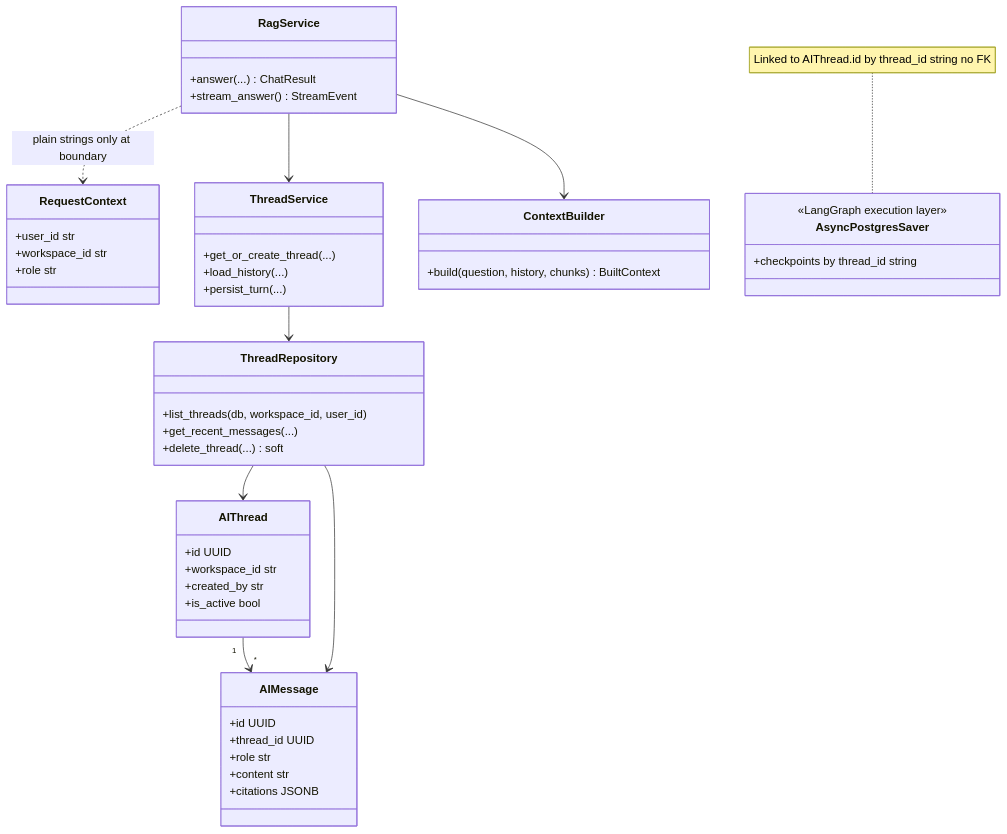
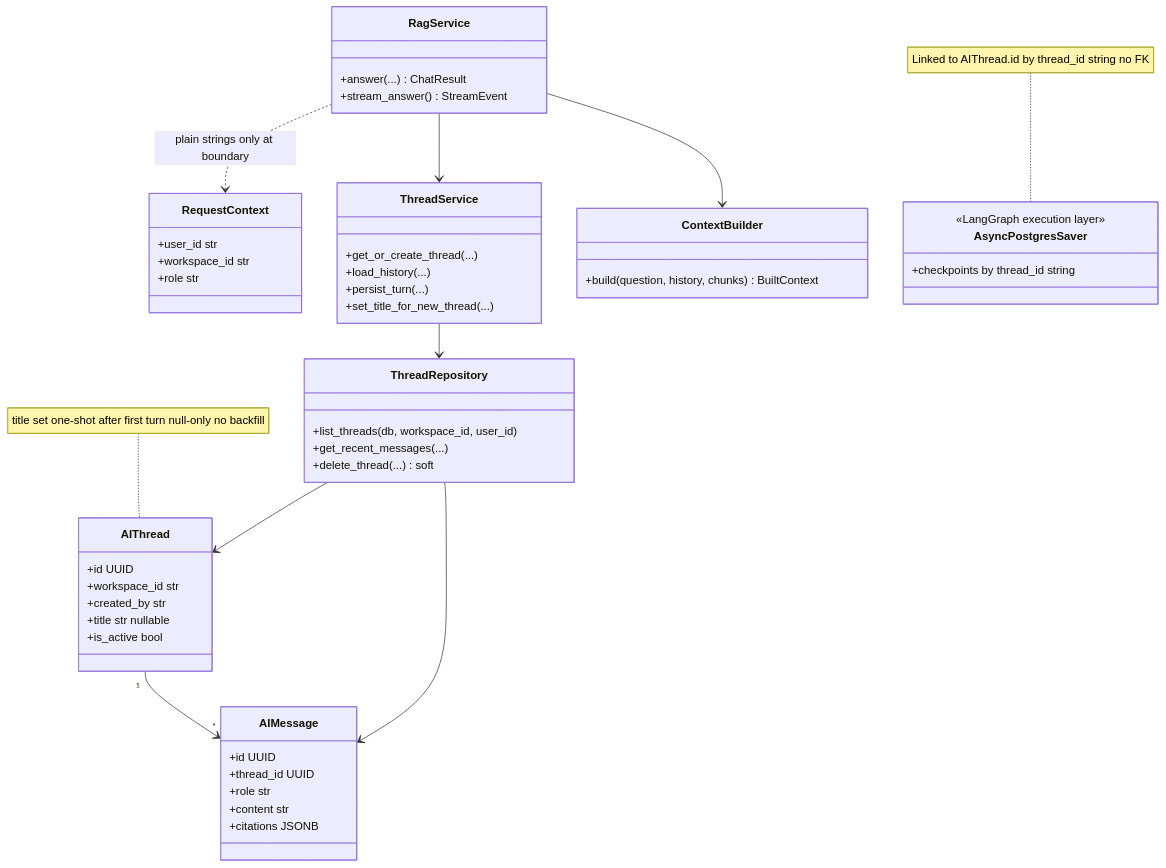
The eighth of 13 diagrams in docs/uml/diagrams.md (RudraPramanik/system-dashnote), drawn with Mermaid before and after one commit. The commit also changed other lines of this file and 50 other files, not shown here.

````diff
--- a/docs/uml/diagrams.md
+++ b/docs/uml/diagrams.md
@@ -312,61 +319,64 @@
 ```mermaid
 classDiagram
     direction TB
 
     class RequestContext {
         +user_id str
         +workspace_id str
         +role str
     }
 
     class AIThread {
         +id UUID
         +workspace_id str
         +created_by str
+        +title str nullable
         +is_active bool
     }
 
     class AIMessage {
         +id UUID
         +thread_id UUID
         +role str
         +content str
         +citations JSONB
     }
 
     class ThreadRepository {
         +list_threads(db, workspace_id, user_id)
         +get_recent_messages(...)
         +delete_thread(...) soft
     }
 
     class ThreadService {
         +get_or_create_thread(...)
         +load_history(...)
         +persist_turn(...)
+        +set_title_for_new_thread(...)
     }
 
     class ContextBuilder {
         +build(question, history, chunks) BuiltContext
     }
 
     class RagService {
         +answer(...) ChatResult
         +stream_answer() StreamEvent
     }
 
     class AsyncPostgresSaver {
         <<LangGraph execution layer>>
         +checkpoints by thread_id string
     }
 
     AIThread "1" --> "*" AIMessage
     ThreadRepository --> AIThread
     ThreadRepository --> AIMessage
     ThreadService --> ThreadRepository
     RagService --> ThreadService
     RagService --> ContextBuilder
     RagService ..> RequestContext : plain strings only at boundary
 
     note for AsyncPostgresSaver "Linked to AIThread.id by thread_id string no FK"
+    note for AIThread "title set one-shot after first turn null-only no backfill"
 ```
````
